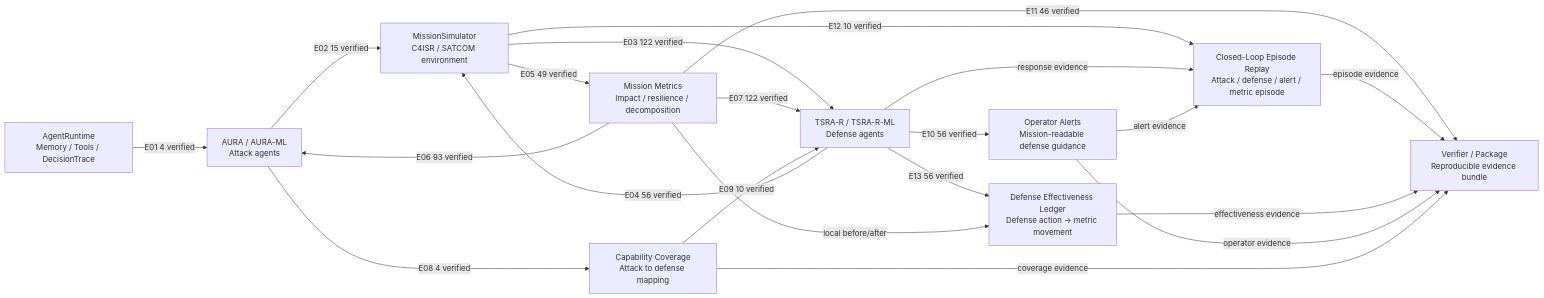
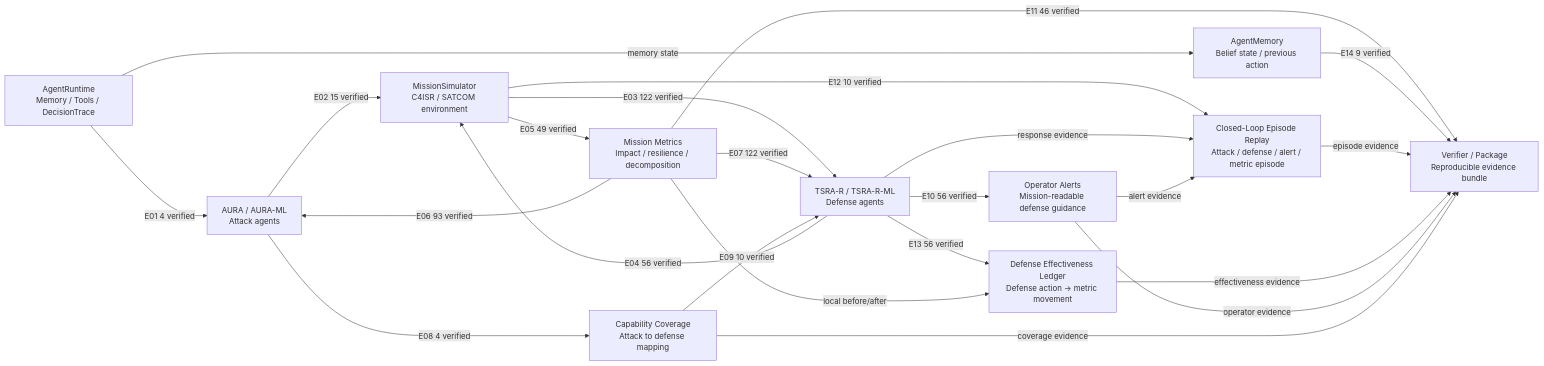
The diagram in outputs/report_tables/agent_collaboration_graph.mmd (Hbin77/LIG_DAH_AGI), drawn with Mermaid before and after one commit. The commit also changed 19 other files, not shown here.

Commit message:
Add agent memory belief audit

```diff
--- a/outputs/report_tables/agent_collaboration_graph.mmd
+++ b/outputs/report_tables/agent_collaboration_graph.mmd
@@ -1,31 +1,34 @@
 flowchart LR
   Runtime[AgentRuntime\nMemory / Tools / DecisionTrace]
+  Memory[AgentMemory\nBelief state / previous action]
   Aura[AURA / AURA-ML\nAttack agents]
   Sim[MissionSimulator\nC4ISR / SATCOM environment]
   Tsra[TSRA-R / TSRA-R-ML\nDefense agents]
   Metrics[Mission Metrics\nImpact / resilience / decomposition]
   Alerts[Operator Alerts\nMission-readable defense guidance]
   Ledger[Defense Effectiveness Ledger\nDefense action -> metric movement]
   Coverage[Capability Coverage\nAttack to defense mapping]
   Replay[Closed-Loop Episode Replay\nAttack / defense / alert / metric episode]
   Verifier[Verifier / Package\nReproducible evidence bundle]
   Runtime -->|E01 4 verified| Aura
+  Runtime -->|memory state| Memory
   Aura -->|E02 15 verified| Sim
   Sim -->|E03 122 verified| Tsra
   Tsra -->|E04 56 verified| Sim
   Sim -->|E05 49 verified| Metrics
   Metrics -->|E06 93 verified| Aura
   Metrics -->|E07 122 verified| Tsra
   Aura -->|E08 4 verified| Coverage
   Coverage -->|E09 10 verified| Tsra
   Tsra -->|E10 56 verified| Alerts
   Metrics -->|E11 46 verified| Verifier
   Sim -->|E12 10 verified| Replay
   Tsra -->|E13 56 verified| Ledger
   Metrics -->|local before/after| Ledger
+  Memory -->|E14 9 verified| Verifier
   Tsra -->|response evidence| Replay
   Alerts -->|alert evidence| Replay
   Replay -->|episode evidence| Verifier
   Ledger -->|effectiveness evidence| Verifier
   Alerts -->|operator evidence| Verifier
   Coverage -->|coverage evidence| Verifier
```
